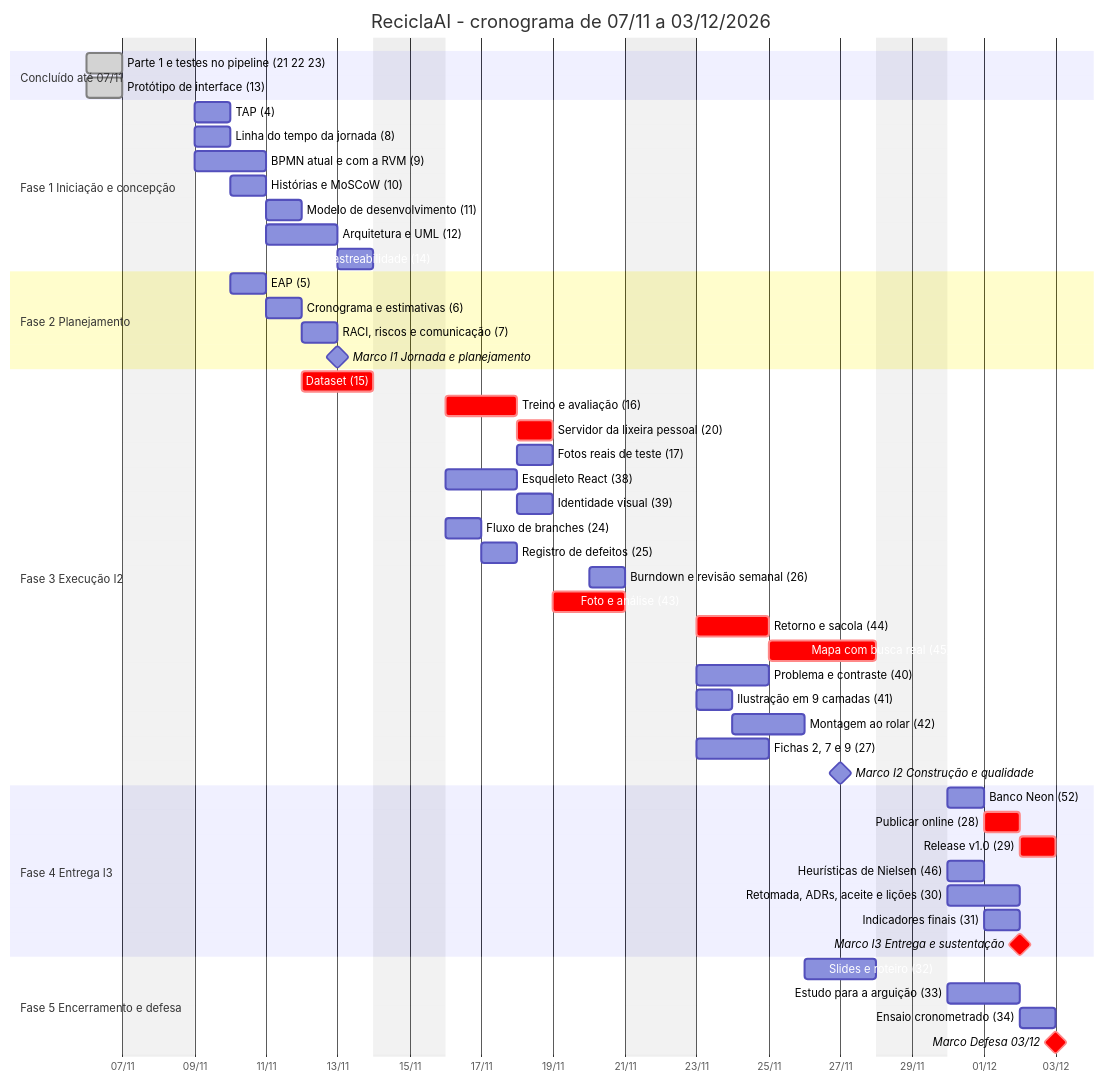
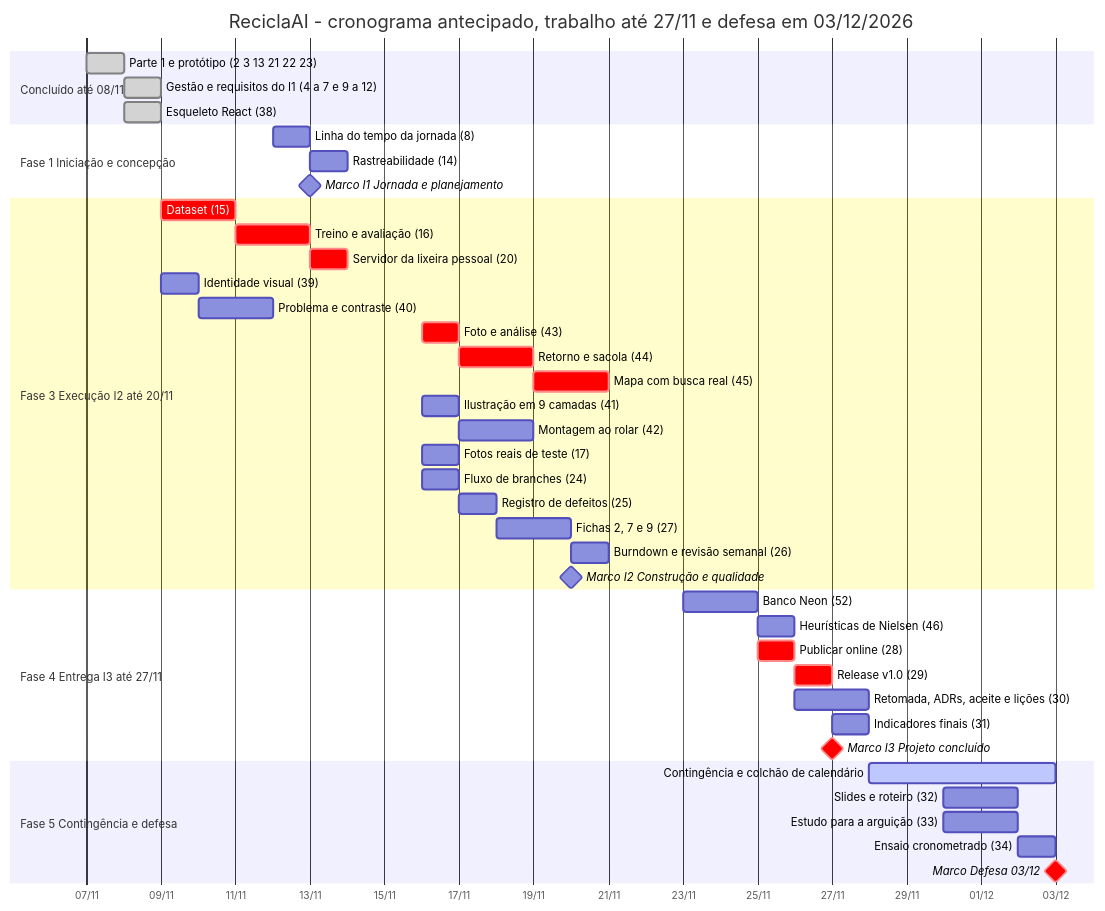
The diagram in docs/gestao/A04-cronograma.md (Ronald-Jesus/reciclaai), drawn with Mermaid before and after one commit. The commit also changed other lines of this file and 8 other files, not shown here.

Commit message:
docs: cronograma antecipado para 27/11 (mudança M07)

````diff
--- a/docs/gestao/A04-cronograma.md
+++ b/docs/gestao/A04-cronograma.md
@@ -33,60 +42,50 @@
 ```mermaid
 gantt
-  title ReciclaAI - cronograma de 07/11 a 03/12/2026
+  title ReciclaAI - cronograma antecipado, trabalho até 27/11 e defesa em 03/12/2026
   dateFormat YYYY-MM-DD
   axisFormat %d/%m
-  excludes weekends
 
-  section Concluído até 07/11
-  Parte 1 e testes no pipeline (21 22 23)  :done, t21, 2026-11-06, 1d
-  Protótipo de interface (13)              :done, t13, 2026-11-06, 1d
+  section Concluído até 08/11
+  Parte 1 e protótipo (2 3 13 21 22 23)    :done, c1, 2026-11-07, 1d
+  Gestão e requisitos do I1 (4 a 7 e 9 a 12) :done, c2, 2026-11-08, 1d
+  Esqueleto React (38)                     :done, c3, 2026-11-08, 1d
 
   section Fase 1 Iniciação e concepção
-  TAP (4)                                  :t4, 2026-11-09, 1d
-  Linha do tempo da jornada (8)            :t8, 2026-11-09, 1d
-  BPMN atual e com a RVM (9)               :t9, 2026-11-09, 2d
-  Histórias e MoSCoW (10)                  :t10, after t8, 1d
-  Modelo de desenvolvimento (11)           :t11, after t10, 1d
-  Arquitetura e UML (12)                   :t12, after t10, 2d
-  Rastreabilidade (14)                     :t14, after t12, 1d
-
-  section Fase 2 Planejamento
-  EAP (5)                                  :t5, after t4, 1d
-  Cronograma e estimativas (6)             :t6, after t5, 1d
-  RACI, riscos e comunicação (7)           :t7, after t6, 1d
+  Linha do tempo da jornada (8)            :t8, 2026-11-12, 1d
+  Rastreabilidade (14)                     :t14, 2026-11-13, 1d
   Marco I1 Jornada e planejamento          :milestone, mi1, 2026-11-13, 0d
 
-  section Fase 3 Execução I2
-  Dataset (15)                             :crit, t15, 2026-11-12, 2d
-  Treino e avaliação (16)                  :crit, t16, after t15, 2d
-  Servidor da lixeira pessoal (20)         :crit, t20, after t16, 1d
-  Fotos reais de teste (17)                :t17, after t16, 1d
-  Esqueleto React (38)                     :t38, 2026-11-16, 2d
-  Identidade visual (39)                   :t39, after t38, 1d
+  section Fase 3 Execução I2 até 20/11
+  Dataset (15)                             :crit, t15, 2026-11-09, 2d
+  Treino e avaliação (16)                  :crit, t16, 2026-11-11, 2d
+  Servidor da lixeira pessoal (20)         :crit, t20, 2026-11-13, 1d
+  Identidade visual (39)                   :t39, 2026-11-09, 1d
+  Problema e contraste (40)                :t40, 2026-11-10, 2d
+  Foto e análise (43)                      :crit, t43, 2026-11-16, 1d
+  Retorno e sacola (44)                    :crit, t44, 2026-11-17, 2d
+  Mapa com busca real (45)                 :crit, t45, 2026-11-19, 2d
+  Ilustração em 9 camadas (41)             :t41, 2026-11-16, 1d
+  Montagem ao rolar (42)                   :t42, 2026-11-17, 2d
+  Fotos reais de teste (17)                :t17, 2026-11-16, 1d
   Fluxo de branches (24)                   :t24, 2026-11-16, 1d
   Registro de defeitos (25)                :t25, 2026-11-17, 1d
+  Fichas 2, 7 e 9 (27)                     :t27, 2026-11-18, 2d
   Burndown e revisão semanal (26)          :t26, 2026-11-20, 1d
-  Foto e análise (43)                      :crit, t43, after t20, 2d
-  Retorno e sacola (44)                    :crit, t44, after t43, 2d
-  Mapa com busca real (45)                 :crit, t45, after t44, 3d
-  Problema e contraste (40)                :t40, 2026-11-23, 2d
-  Ilustração em 9 camadas (41)             :t41, 2026-11-23, 1d
-  Montagem ao rolar (42)                   :t42, after t41, 2d
-  Fichas 2, 7 e 9 (27)                     :t27, 2026-11-23, 2d
-  Marco I2 Construção e qualidade          :milestone, mi2, 2026-11-27, 0d
+  Marco I2 Construção e qualidade          :milestone, mi2, 2026-11-20, 0d
 
-  section Fase 4 Entrega I3
-  Banco Neon (52)                          :t52, 2026-11-30, 1d
-  Publicar online (28)                     :crit, t28, after t52 t45 t42, 1d
-  Release v1.0 (29)                        :crit, t29, after t28, 1d
-  Heurísticas de Nielsen (46)              :t46, 2026-11-30, 1d
-  Retomada, ADRs, aceite e lições (30)     :t30, 2026-11-30, 2d
-  Indicadores finais (31)                  :t31, 2026-12-01, 1d
-  Marco I3 Entrega e sustentação           :crit, milestone, mi3, 2026-12-02, 0d
+  section Fase 4 Entrega I3 até 27/11
+  Banco Neon (52)                          :t52, 2026-11-23, 2d
+  Heurísticas de Nielsen (46)              :t46, 2026-11-25, 1d
+  Publicar online (28)                     :crit, t28, 2026-11-25, 1d
+  Release v1.0 (29)                        :crit, t29, 2026-11-26, 1d
+  Retomada, ADRs, aceite e lições (30)     :t30, 2026-11-26, 2d
+  Indicadores finais (31)                  :t31, 2026-11-27, 1d
+  Marco I3 Projeto concluído               :crit, milestone, mi3, 2026-11-27, 0d
 
-  section Fase 5 Encerramento e defesa
-  Slides e roteiro (32)                    :t32, 2026-11-26, 2d
+  section Fase 5 Contingência e defesa
+  Contingência e colchão de calendário     :active, buf, 2026-11-28, 5d
+  Slides e roteiro (32)                    :t32, 2026-11-30, 2d
   Estudo para a arguição (33)              :t33, 2026-11-30, 2d
-  Ensaio cronometrado (34)                 :t34, after t32 t33, 1d
+  Ensaio cronometrado (34)                 :t34, 2026-12-02, 1d
   Marco Defesa 03/12                       :crit, milestone, mdef, 2026-12-03, 0d
 ```
````
